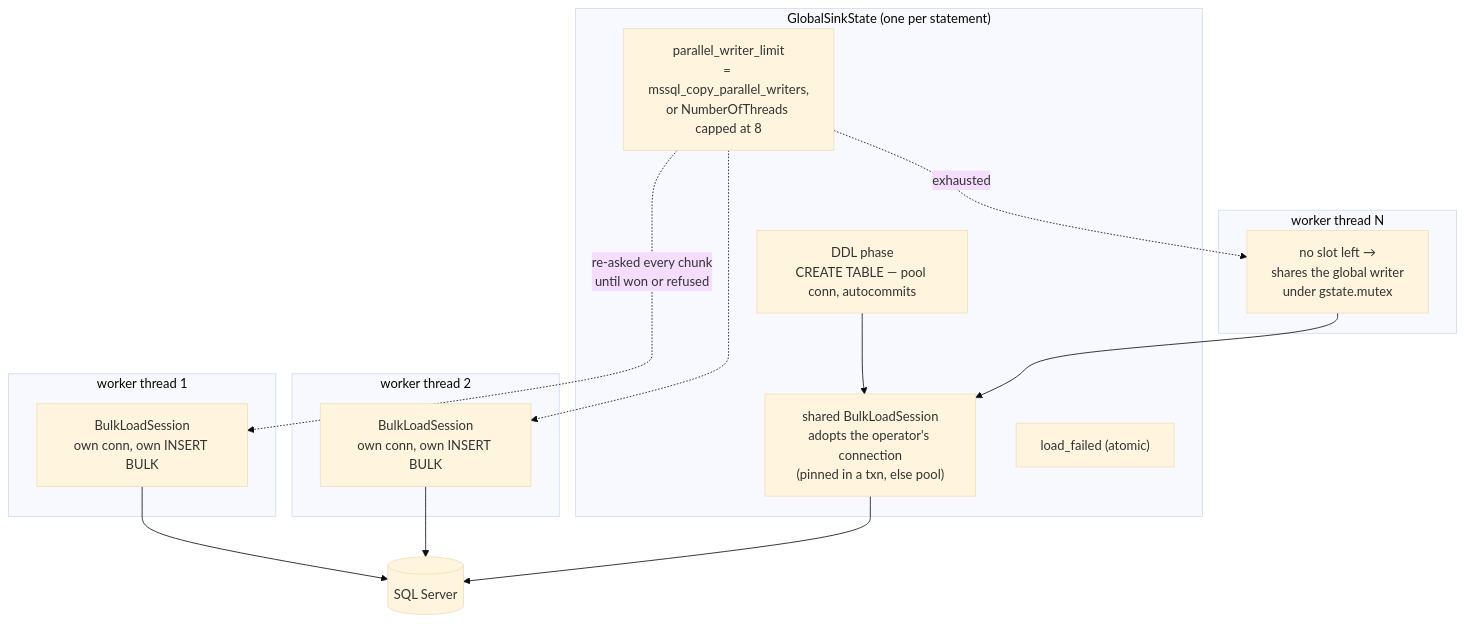
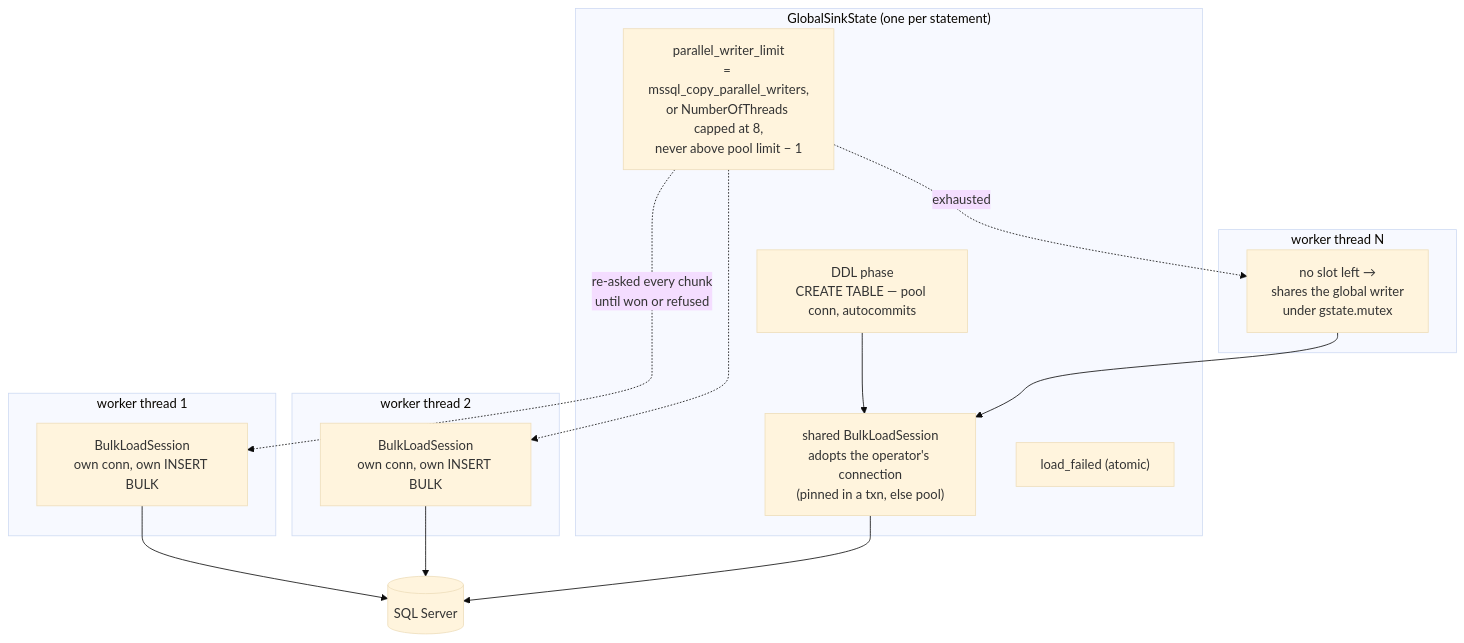
One commit to hugr-lab/mssql-extension changed diagram 14 of 15 in DATAMODEL.md. Above: the diagram before and after it, drawn with Mermaid (base theme). The commit also changed other lines of this file and 30 other files, not shown here.

````diff
--- a/DATAMODEL.md
+++ b/DATAMODEL.md
@@ -721,26 +780,26 @@
 ```mermaid
 flowchart TD
     subgraph GS["GlobalSinkState (one per statement)"]
         ddl["DDL phase<br/>CREATE TABLE — pool conn, autocommits"]
         gw["shared BulkLoadSession<br/>adopts the operator's connection<br/>(pinned in a txn, else pool)"]
-        lim["parallel_writer_limit<br/>= mssql_copy_parallel_writers,<br/>or NumberOfThreads capped at 8"]
+        lim["parallel_writer_limit<br/>= mssql_copy_parallel_writers,<br/>or NumberOfThreads capped at 8,<br/>never above pool limit − 1"]
         failed["load_failed (atomic)"]
     end
     subgraph T1["worker thread 1"]
         lw1["BulkLoadSession<br/>own conn, own INSERT BULK"]
     end
     subgraph T2["worker thread 2"]
         lw2["BulkLoadSession<br/>own conn, own INSERT BULK"]
     end
     subgraph T3["worker thread N"]
         shared["no slot left →<br/>shares the global writer<br/>under gstate.mutex"]
     end
     ddl --> gw
     lim -.re-asked every chunk<br/>until won or refused.-> lw1
     lim -.-> lw2
     lim -.exhausted.-> shared
     lw1 --> srv[(SQL Server)]
     lw2 --> srv
     gw --> srv
     shared --> gw
 ```
````
